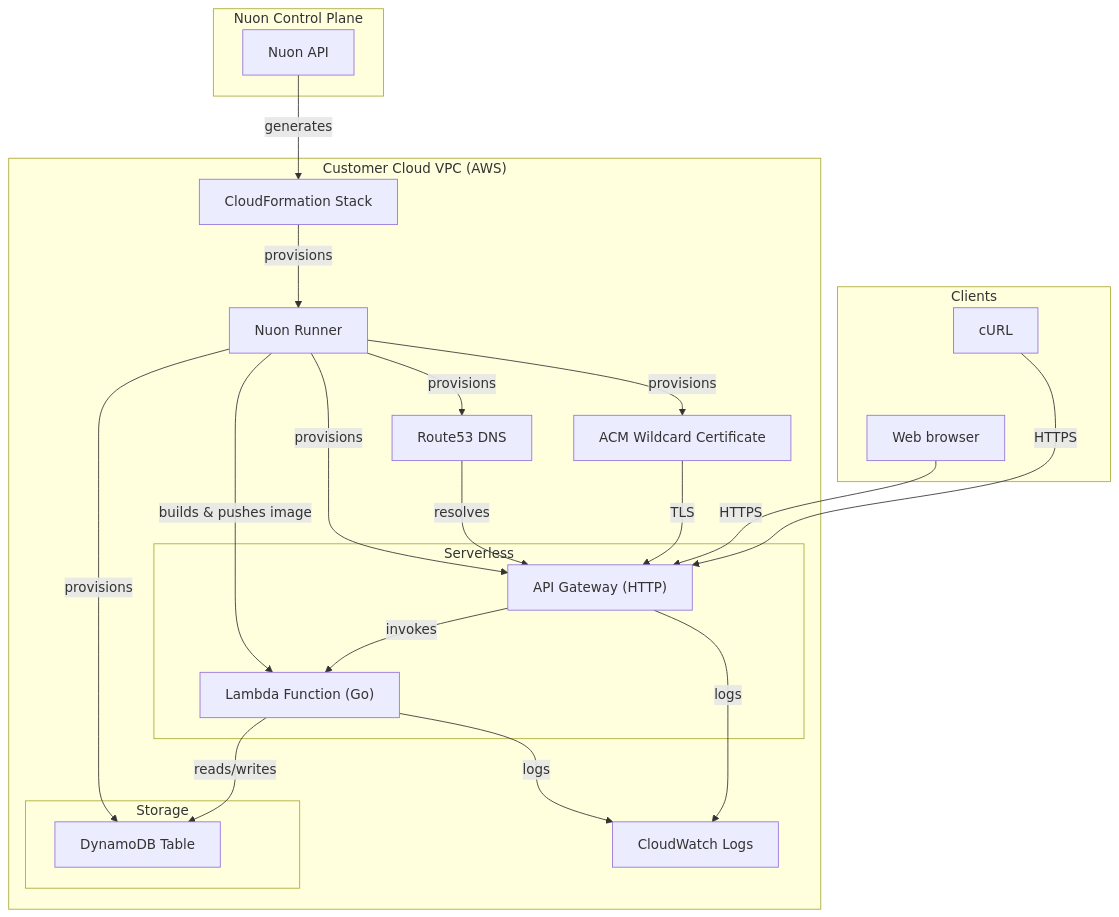
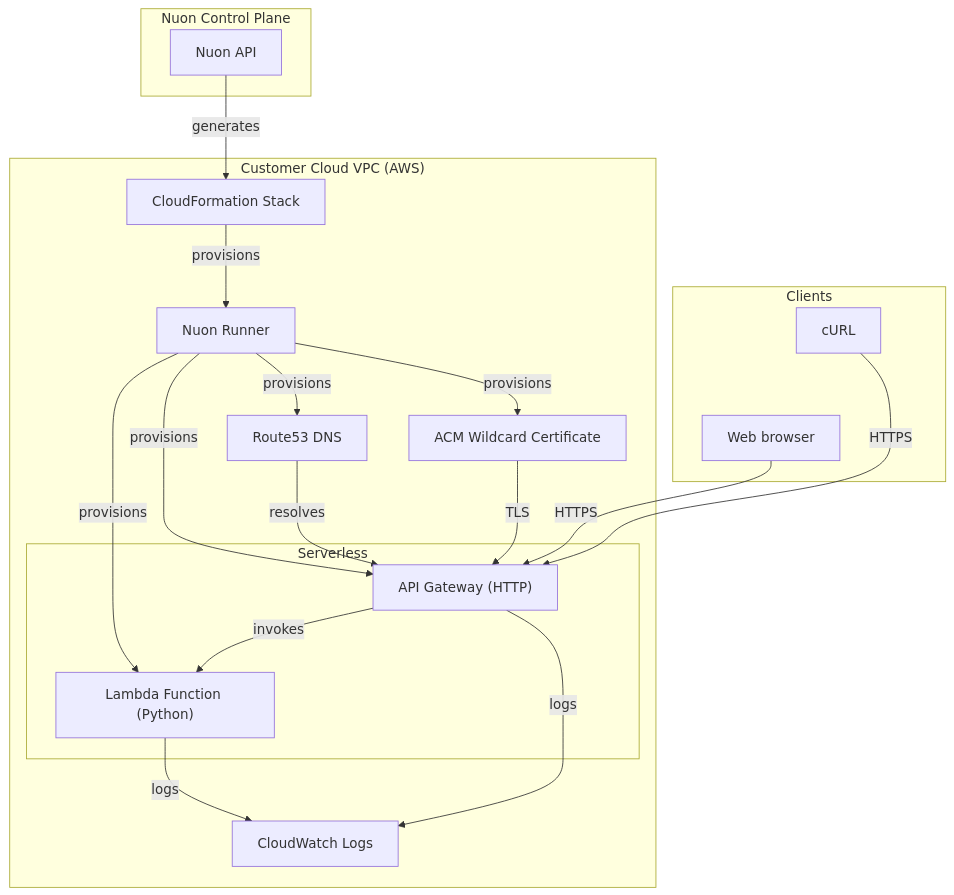
One commit to nuonco/example-app-configs changed the diagram in aws-lambda/CUSTOMER_PORTAL_README.md. Above: the diagram before and after it, drawn with Mermaid. The commit also changed other lines of this file and 66 other files, not shown here.

````diff
--- a/aws-lambda/CUSTOMER_PORTAL_README.md
+++ b/aws-lambda/CUSTOMER_PORTAL_README.md
@@ -25,50 +24,44 @@
 ```mermaid
 
   graph TD
 
       subgraph Nuon["Nuon Control Plane"]
           NuonAPI["Nuon API"]
       end
 
       subgraph Clients["Clients"]
           cURL["cURL"]
           Browser["Web browser"]
           cURL ~~~ Browser
       end
 
       subgraph VPC["Customer Cloud VPC (AWS)"]
           Runner["Nuon Runner"]
           Stack["CloudFormation Stack"]
           ACM["ACM Wildcard Certificate"]
           R53["Route53 DNS"]
 
           subgraph Serverless["Serverless"]
               APIGW["API Gateway (HTTP)"]
-              Lambda["Lambda Function (Go)"]
-          end
-
-          subgraph Storage["Storage"]
-              DynamoDB["DynamoDB Table"]
+              Lambda["Lambda Function (Python)"]
           end
 
           CWLogs["CloudWatch Logs"]
       end
 
       NuonAPI -->|generates| Stack
       Stack -->|provisions| Runner
-      Runner -->|builds & pushes image| Lambda
-      Runner -->|provisions| DynamoDB
+      Runner -->|provisions| Lambda
       Runner -->|provisions| APIGW
       Runner -->|provisions| ACM
       Runner -->|provisions| R53
 
       R53 -->|resolves| APIGW
       ACM -->|TLS| APIGW
       APIGW -->|invokes| Lambda
-      Lambda -->|reads/writes| DynamoDB
       Lambda -->|logs| CWLogs
       APIGW -->|logs| CWLogs
       Browser -->|HTTPS| APIGW
       cURL -->|HTTPS| APIGW
 
 ```
````
